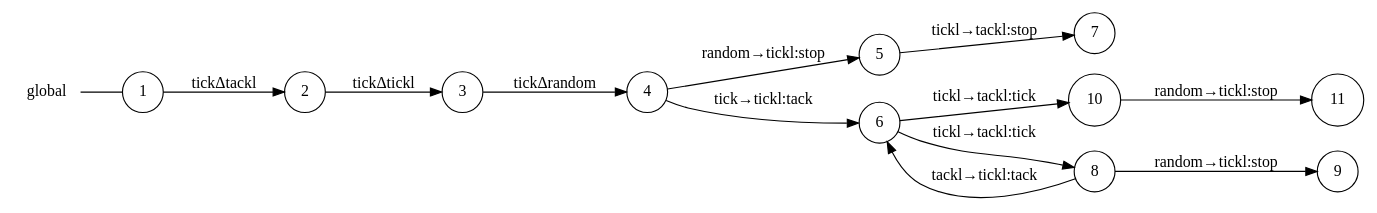
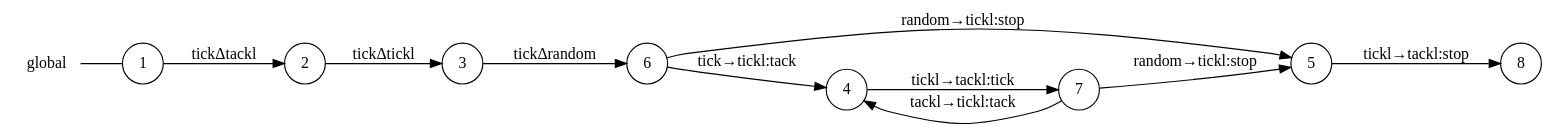
One commit to gabrielegenovese/chorer changed the diagram in example/ticktack/tick_global_view.dot. Above: the diagram before and after it, drawn with Graphviz. The commit also changed 1 other file, not shown here.

```diff
--- a/example/ticktack/tick_global_view.dot
+++ b/example/ticktack/tick_global_view.dot
@@ -1,28 +1,23 @@
 digraph global {
 	rankdir="LR";
 	n_0 [label="global", shape="plaintext"];
 	n_1 [id="5", shape=circle, label="5"];
-	n_2 [id="11", shape=circle, label="11"];
-	n_3 [id="6", shape=circle, label="6"];
-	n_4 [id="10", shape=circle, label="10"];
-	n_5 [id="1", shape=circle, label="1"];
-	n_0 -> n_5 [arrowhead=none];
-	n_6 [id="9", shape=circle, label="9"];
-	n_7 [id="2", shape=circle, label="2"];
-	n_8 [id="8", shape=circle, label="8"];
-	n_9 [id="4", shape=circle, label="4"];
-	n_10 [id="7", shape=circle, label="7"];
-	n_11 [id="3", shape=circle, label="3"];
+	n_2 [id="6", shape=circle, label="6"];
+	n_3 [id="1", shape=circle, label="1"];
+	n_0 -> n_3 [arrowhead=none];
+	n_4 [id="2", shape=circle, label="2"];
+	n_5 [id="8", shape=circle, label="8"];
+	n_6 [id="4", shape=circle, label="4"];
+	n_7 [id="7", shape=circle, label="7"];
+	n_8 [id="3", shape=circle, label="3"];
 
-	n_7 -> n_11 [id="[$e|1]", label="tickΔtickl"];
-	n_9 -> n_1 [id="[$e|3]", label="random→tickl:stop"];
-	n_3 -> n_8 [id="[$e|6]", label="tickl→tackl:tick"];
-	n_8 -> n_6 [id="[$e|7]", label="random→tickl:stop"];
-	n_1 -> n_10 [id="[$e|5]", label="tickl→tackl:stop"];
-	n_5 -> n_7 [id="[$e|0]", label="tickΔtackl"];
-	n_8 -> n_3 [id="[$e|8]", label="tackl→tickl:tack"];
-	n_9 -> n_3 [id="[$e|4]", label="tick→tickl:tack"];
-	n_11 -> n_9 [id="[$e|2]", label="tickΔrandom"];
-	n_3 -> n_4 [id="[$e|9]", label="tickl→tackl:tick"];
-	n_4 -> n_2 [id="[$e|10]", label="random→tickl:stop"];
+	n_7 -> n_1 [id="[$e|1]", label="random→tickl:stop"];
+	n_3 -> n_4 [id="[$e|6]", label="tickΔtackl"];
+	n_4 -> n_8 [id="[$e|7]", label="tickΔtickl"];
+	n_6 -> n_7 [id="[$e|0]", label="tickl→tackl:tick"];
+	n_1 -> n_5 [id="[$e|8]", label="tickl→tackl:stop"];
+	n_2 -> n_6 [id="[$e|4]", label="tick→tickl:tack"];
+	n_8 -> n_2 [id="[$e|2]", label="tickΔrandom"];
+	n_7 -> n_6 [id="[$e|9]", label="tackl→tickl:tack"];
+	n_2 -> n_1 [id="[$e|10]", label="random→tickl:stop"];
 }
```
